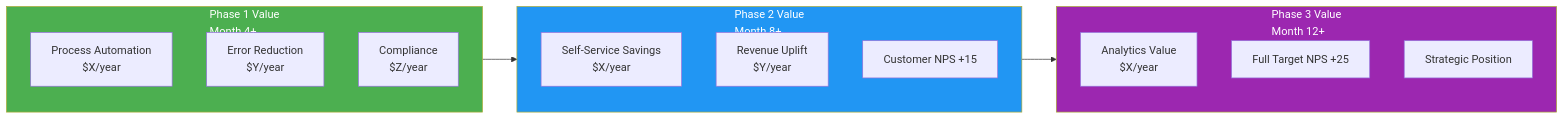
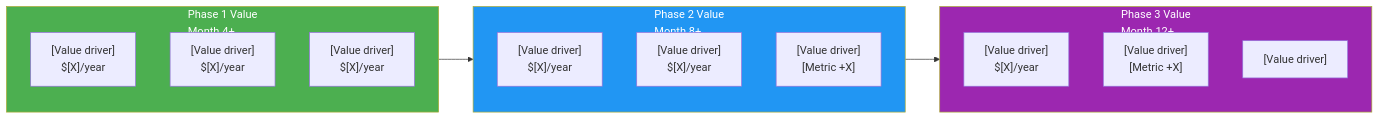
Before and after one commit to oat431/swe-knowledge: the third of 3 diagrams in document-template/01_Business_Analysis_and_strategy/Potential-Value.md, drawn with Mermaid. The commit also changed other lines of this file and 50 other files, not shown here.

````diff
--- a/document-template/01_Business_Analysis_and_strategy/Potential-Value.md
+++ b/document-template/01_Business_Analysis_and_strategy/Potential-Value.md
@@ -353,26 +353,26 @@
 ```mermaid
 flowchart LR
     subgraph P1["Phase 1 Value<br>Month 4+"]
-        V1[Process Automation<br>$X/year]
-        V2[Error Reduction<br>$Y/year]
-        V3[Compliance<br>$Z/year]
+        V1["[Value driver]<br>$[X]/year"]
+        V2["[Value driver]<br>$[X]/year"]
+        V3["[Value driver]<br>$[X]/year"]
     end
 
     subgraph P2["Phase 2 Value<br>Month 8+"]
-        V4[Self-Service Savings<br>$X/year]
-        V5[Revenue Uplift<br>$Y/year]
-        V6[Customer NPS +15]
+        V4["[Value driver]<br>$[X]/year"]
+        V5["[Value driver]<br>$[X]/year"]
+        V6["[Value driver]<br>[Metric +X]"]
     end
 
     subgraph P3["Phase 3 Value<br>Month 12+"]
-        V7[Analytics Value<br>$X/year]
-        V8[Full Target NPS +25]
-        V9[Strategic Position]
+        V7["[Value driver]<br>$[X]/year"]
+        V8["[Value driver]<br>[Metric +X]"]
+        V9["[Value driver]"]
     end
 
     P1 --> P2 --> P3
 
     style P1 fill:#4CAF50,color:#fff
     style P2 fill:#2196F3,color:#fff
     style P3 fill:#9C27B0,color:#fff
 ```
````
